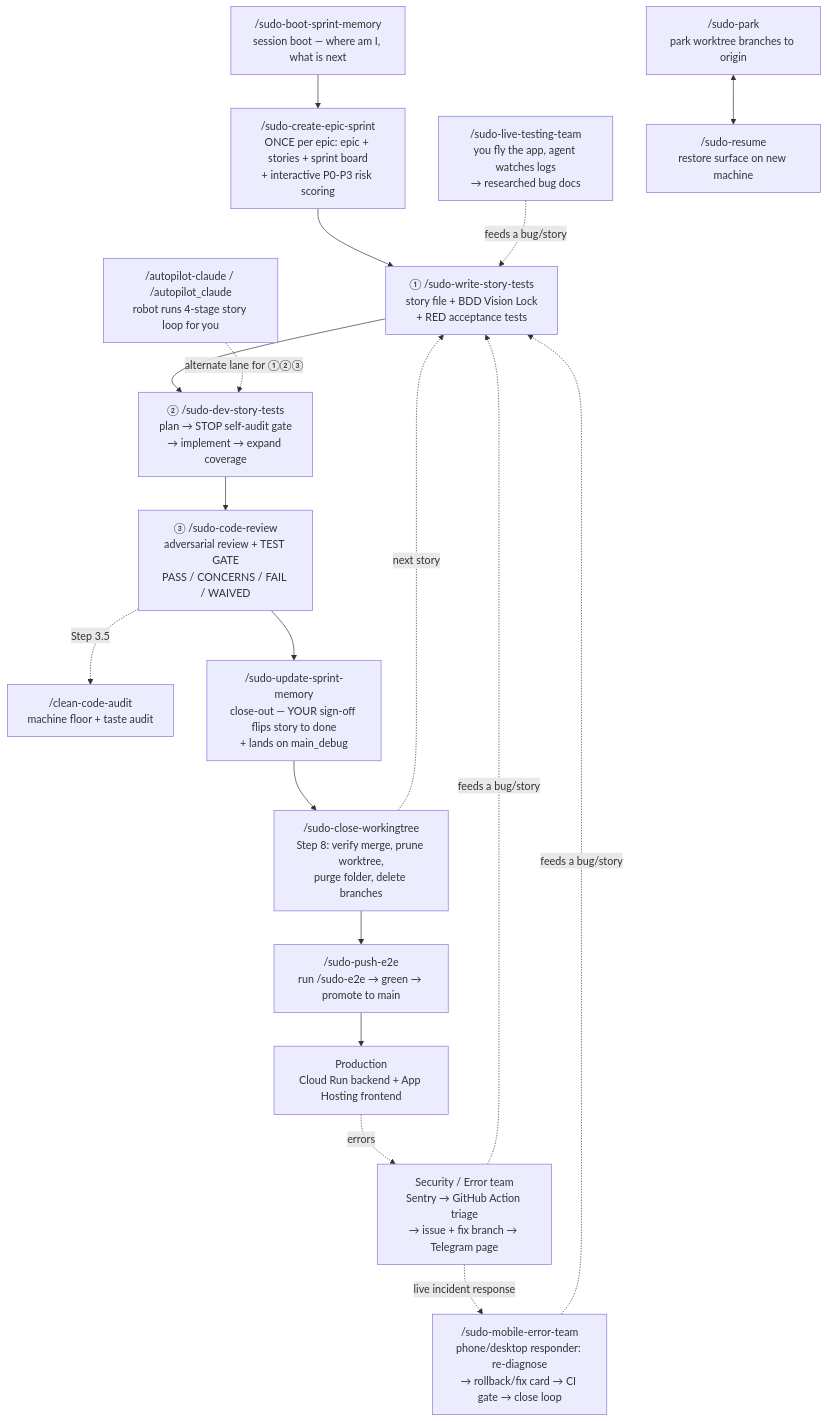
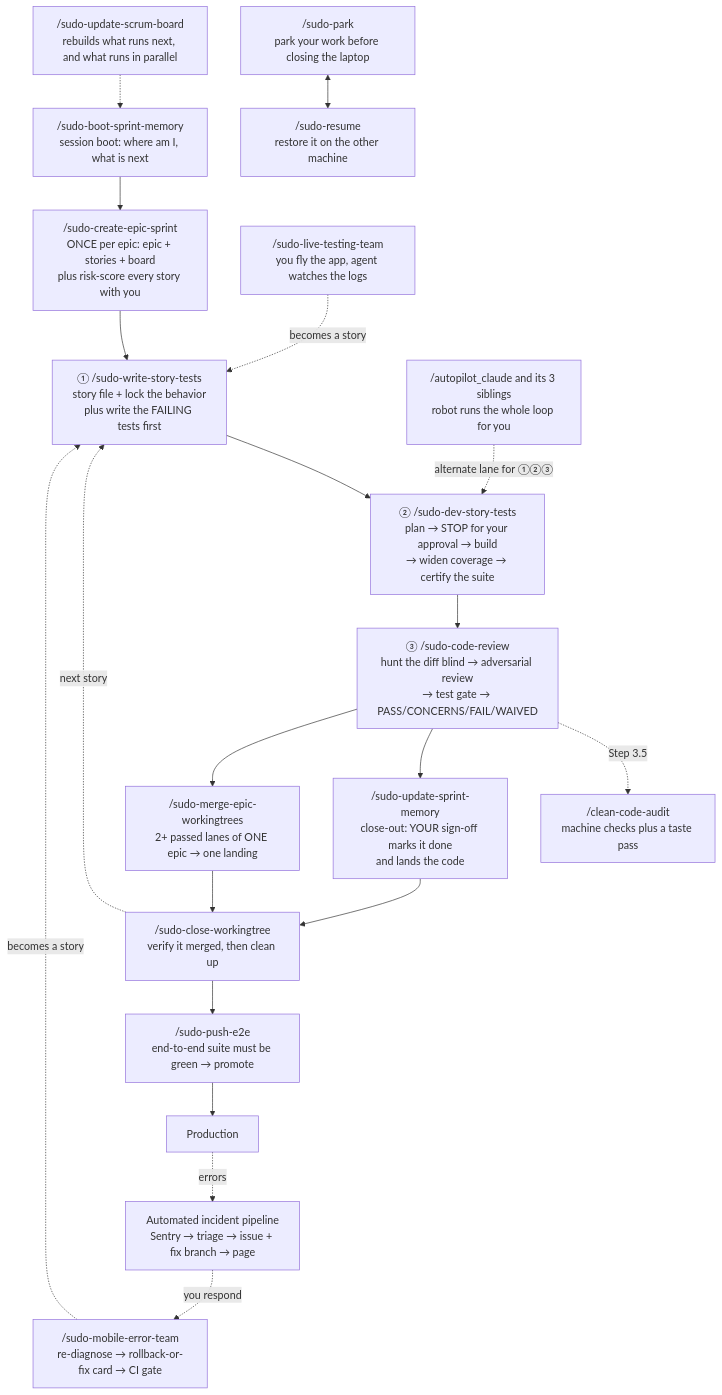
The first of 8 diagrams in _my_resources/_quick_reference/sudo_workflows_testing.md (sudomadhatter/Sudo_Hatter_Command), drawn with Mermaid before and after one commit. The commit also changed other lines of this file and 2 other files, not shown here.

````diff
--- a/_my_resources/_quick_reference/sudo_workflows_testing.md
+++ b/_my_resources/_quick_reference/sudo_workflows_testing.md
@@ -13,20 +54,22 @@
 ```mermaid
 flowchart TD
-    BOOT["/sudo-boot-sprint-memory\nsession boot — where am I, what is next"] --> KICK["/sudo-create-epic-sprint\nONCE per epic: epic + stories + sprint board\n+ interactive P0-P3 risk scoring"]
-    KICK --> ONE["① /sudo-write-story-tests\nstory file + BDD Vision Lock\n+ RED acceptance tests"]
-    ONE --> TWO["② /sudo-dev-story-tests\nplan → STOP self-audit gate\n→ implement → expand coverage"]
-    TWO --> THREE["③ /sudo-code-review\nadversarial review + TEST GATE\nPASS / CONCERNS / FAIL / WAIVED"]
-    THREE -.->|"Step 3.5"| CLEAN["/clean-code-audit\nmachine floor + taste audit"]
-    THREE --> CLOSE["/sudo-update-sprint-memory\nclose-out — YOUR sign-off flips story to done\n+ lands on main_debug"]
-    CLOSE --> CLOSEWT["/sudo-close-workingtree\nStep 8: verify merge, prune worktree,\npurge folder, delete branches"]
+    BOOT["/sudo-boot-sprint-memory\nsession boot: where am I, what is next"] --> KICK["/sudo-create-epic-sprint\nONCE per epic: epic + stories + board\nplus risk-score every story with you"]
+    KICK --> ONE["① /sudo-write-story-tests\nstory file + lock the behavior\nplus write the FAILING tests first"]
+    ONE --> TWO["② /sudo-dev-story-tests\nplan → STOP for your approval → build\n→ widen coverage → certify the suite"]
+    TWO --> THREE["③ /sudo-code-review\nhunt the diff blind → adversarial review\n→ test gate → PASS/CONCERNS/FAIL/WAIVED"]
+    THREE -.->|"Step 3.5"| CLEAN["/clean-code-audit\nmachine checks plus a taste pass"]
+    THREE --> CLOSE["/sudo-update-sprint-memory\nclose-out: YOUR sign-off marks it done\nand lands the code"]
+    THREE --> MERGE["/sudo-merge-epic-workingtrees\n2+ passed lanes of ONE epic → one landing"]
+    CLOSE --> CLOSEWT["/sudo-close-workingtree\nverify it merged, then clean up"]
+    MERGE --> CLOSEWT
     CLOSEWT -.->|"next story"| ONE
-    CLOSEWT --> SHIP["/sudo-push-e2e\nrun /sudo-e2e → green → promote to main"]
-    SHIP --> PROD["Production\nCloud Run backend + App Hosting frontend"]
-    PROD -.->|"errors"| SEC["Security / Error team\nSentry → GitHub Action triage\n→ issue + fix branch → Telegram page"]
-    SEC -.->|"live incident response"| MOBERR["/sudo-mobile-error-team\nphone/desktop responder: re-diagnose\n→ rollback/fix card → CI gate → close loop"]
-    MOBERR -.->|"feeds a bug/story"| ONE
-    SEC -.->|"feeds a bug/story"| ONE
-    LIVE["/sudo-live-testing-team\nyou fly the app, agent watches logs\n→ researched bug docs"] -.->|"feeds a bug/story"| ONE
-    AP["/autopilot-claude / /autopilot_claude\nrobot runs 4-stage story loop for you"] -.->|"alternate lane for ①②③"| TWO
-    PARK["/sudo-park\npark worktree branches to origin"] <--> RESUME["/sudo-resume\nrestore surface on new machine"]
+    CLOSEWT --> SHIP["/sudo-push-e2e\nend-to-end suite must be green → promote"]
+    SHIP --> PROD["Production"]
+    PROD -.->|"errors"| SEC["Automated incident pipeline\nSentry → triage → issue + fix branch → page"]
+    SEC -.->|"you respond"| MOBERR["/sudo-mobile-error-team\nre-diagnose → rollback-or-fix card → CI gate"]
+    MOBERR -.->|"becomes a story"| ONE
+    LIVE["/sudo-live-testing-team\nyou fly the app, agent watches the logs"] -.->|"becomes a story"| ONE
+    AP["/autopilot_claude and its 3 siblings\nrobot runs the whole loop for you"] -.->|"alternate lane for ①②③"| TWO
+    BOARD["/sudo-update-scrum-board\nrebuilds what runs next, and what runs in parallel"] -.-> BOOT
+    PARK["/sudo-park\npark your work before closing the laptop"] <--> RESUME["/sudo-resume\nrestore it on the other machine"]
 ```
````
